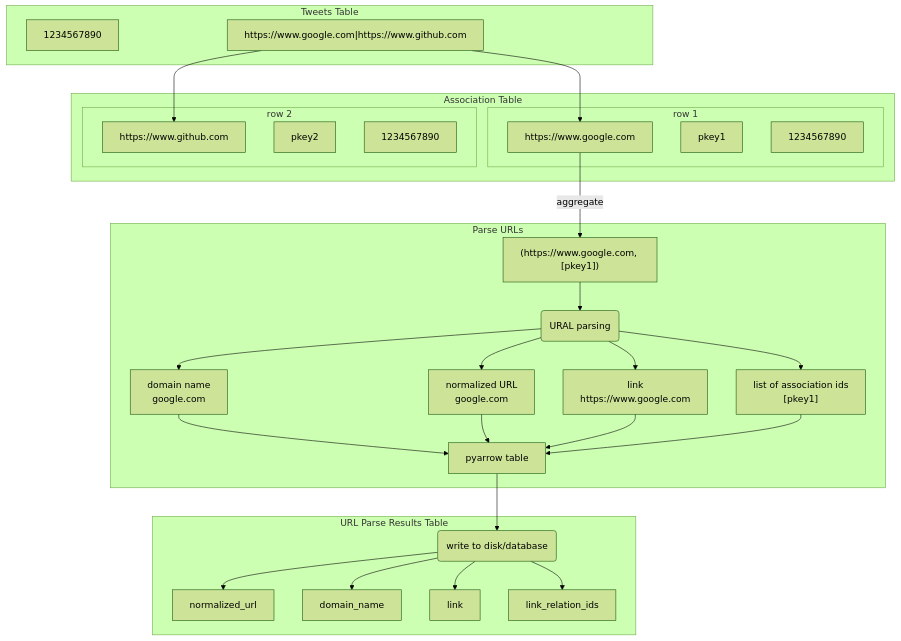
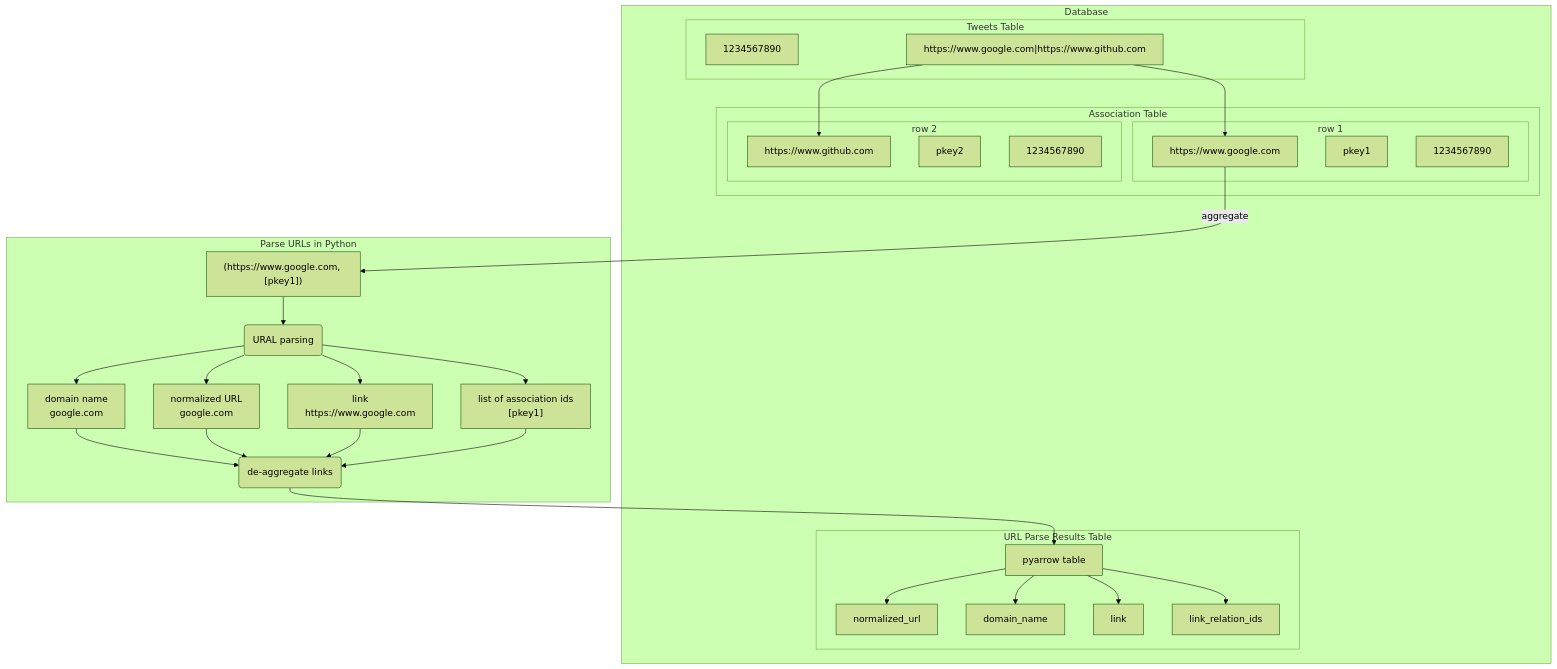
One commit to medialab/enlinkenment changed the second of 2 diagrams in README.md. Above: the diagram before and after it, drawn with Mermaid (forest theme).

````diff
--- a/README.md
+++ b/README.md
@@ -115,50 +115,52 @@
 ```mermaid
 flowchart TD
 
+subgraph Database
 subgraph Tweets Table
 id[1234567890]
 links["https://www.google.com|https://www.github.com"]
 end
 links-->link1
 links-->link2
 
 subgraph Association Table
 subgraph row 1
 associationid1[pkey1]
 link1["https://www.google.com"]
 tweetid1[1234567890]
 end
 subgraph row 2
 associationid2[pkey2]
 link2["https://www.github.com"]
 tweetid2[1234567890]
 end
 end
+subgraph URL Parse Results Table
+col1[normalized_url]
+col2[domain_name]
+col3[link]
+col4[link_relation_ids]
+pyarrowtable-->col1
+pyarrowtable-->col2
+pyarrowtable-->col3
+pyarrowtable-->col4
+end
+end
 
-subgraph Parse URLs
+subgraph Parse URLs in Python
 link1--aggregate-->aggregate["(https://www.google.com, [pkey1])"]
 aggregate-->parser(URAL parsing)
 parser-->domain_name["domain name\ngoogle.com"]
 parser-->normalized_url["normalized URL\ngoogle.com"]
 parser-->link["link\nhttps://www.google.com"]
 parser-->associationid["list of association ids\n[pkey1]"]
 pyarrowtable[pyarrow table]
-domain_name-->pyarrowtable
-normalized_url-->pyarrowtable
-link-->pyarrowtable
-associationid-->pyarrowtable
+deaggregate("de-aggregate links")
+deaggregate-->pyarrowtable
+domain_name-->deaggregate
+normalized_url-->deaggregate
+link-->deaggregate
+associationid-->deaggregate
 end
 
-pyarrowtable-->duckdb(write to disk/database)
-
-subgraph URL Parse Results Table
-col1[normalized_url]
-col2[domain_name]
-col3[link]
-col4[link_relation_ids]
-duckdb-->col1
-duckdb-->col2
-duckdb-->col3
-duckdb-->col4
-end
 ```
````
